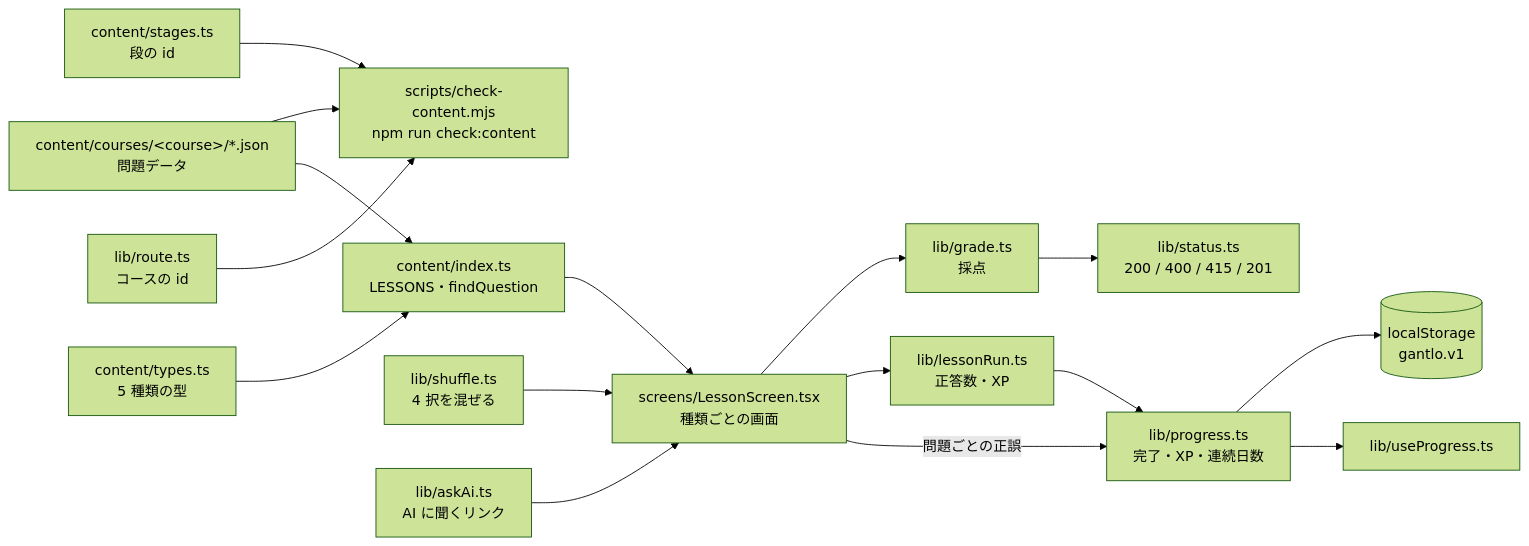
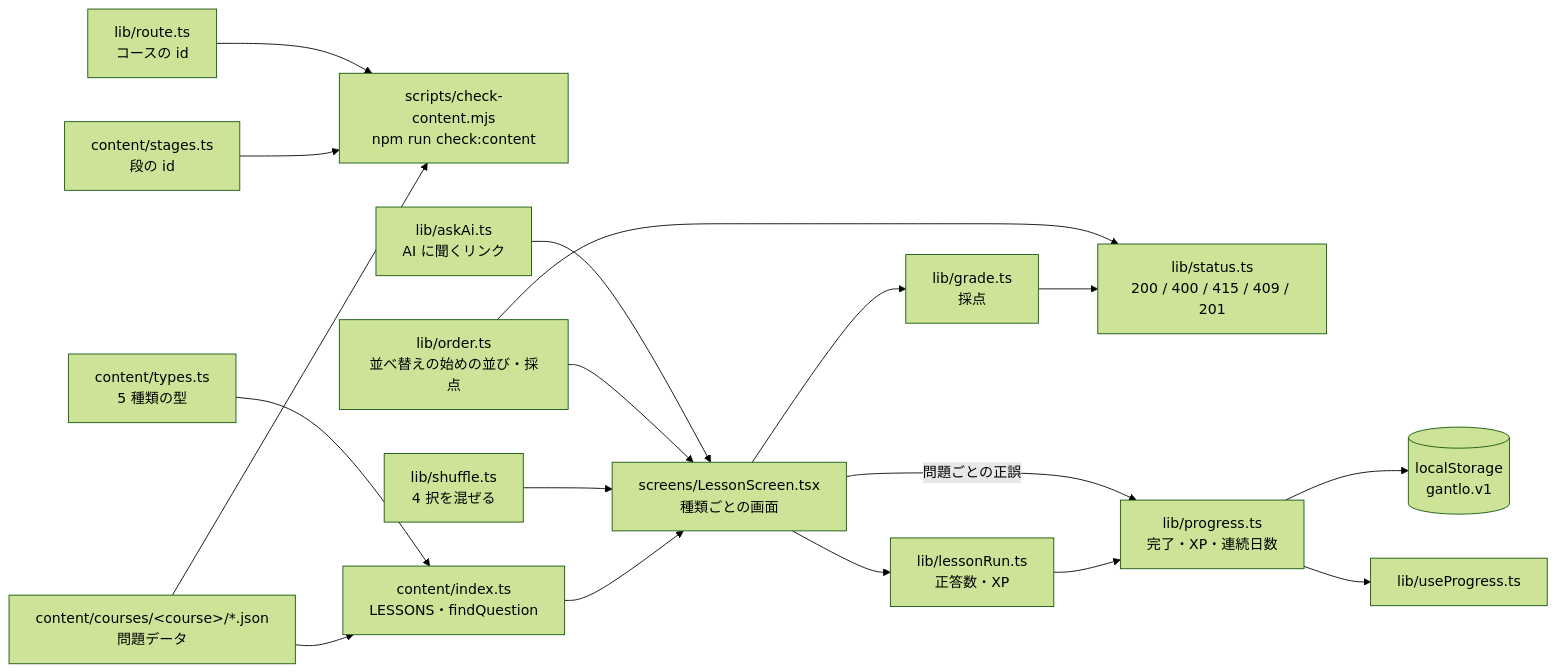
Before and after one commit to maco165/gantlo: the second of 2 diagrams in README.md, drawn with Mermaid (forest theme). The commit also changed other lines of this file, not shown here.

First line of the commit message:
README の見せ方・構成の図と表に並べ替えを足す

````diff
--- a/README.md
+++ b/README.md
@@ -45,18 +46,20 @@
 ```mermaid
 flowchart LR
   json["content/courses/#lt;course#gt;/*.json<br/>問題データ"] --> check["scripts/check-content.mjs<br/>npm run check:content"]
   stages["content/stages.ts<br/>段の id"] --> check
   courses["lib/route.ts<br/>コースの id"] --> check
   json --> index["content/index.ts<br/>LESSONS・findQuestion"]
   types["content/types.ts<br/>5 種類の型"] --> index
   index --> lesson["screens/LessonScreen.tsx<br/>種類ごとの画面"]
   shuffle["lib/shuffle.ts<br/>4 択を混ぜる"] --> lesson
+  order["lib/order.ts<br/>並べ替えの始めの並び・採点"] --> lesson
   ask["lib/askAi.ts<br/>AI に聞くリンク"] --> lesson
   lesson --> grade["lib/grade.ts<br/>採点"]
-  grade --> st["lib/status.ts<br/>200 / 400 / 415 / 201"]
+  grade --> st["lib/status.ts<br/>200 / 400 / 415 / 409 / 201"]
+  order --> st
   lesson --> run["lib/lessonRun.ts<br/>正答数・XP"]
   run --> progress["lib/progress.ts<br/>完了・XP・連続日数"]
   lesson -->|問題ごとの正誤| progress
   progress --> ls[("localStorage<br/>gantlo.v1")]
   progress --> hook["lib/useProgress.ts"]
 ```
````
